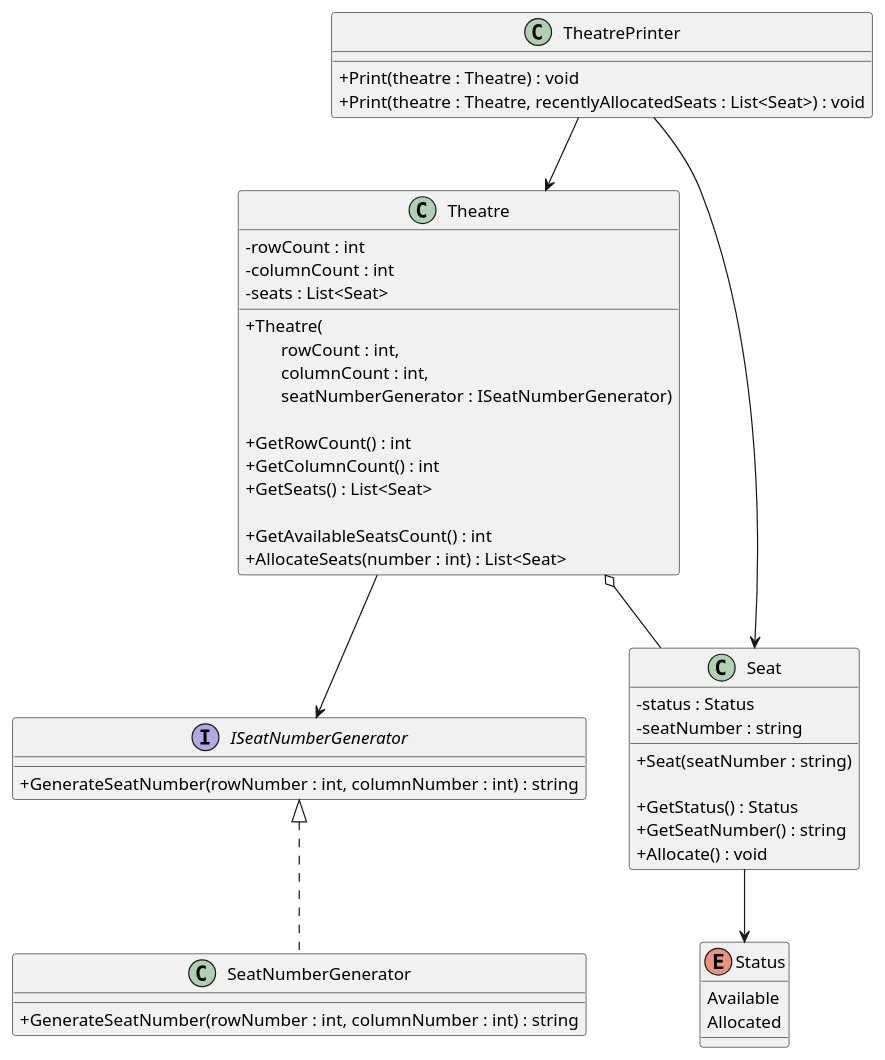
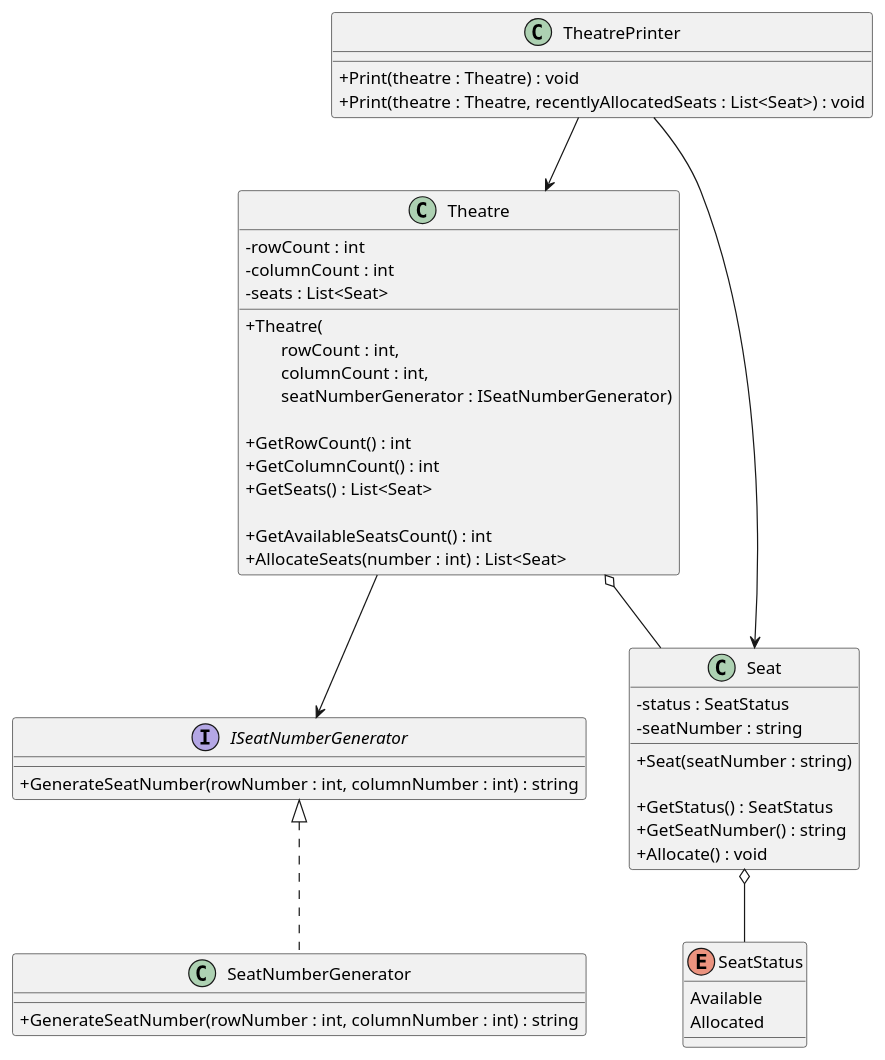
One commit to iamfranco/CinnamonCinemasChallenge changed the diagram in diagrams/cinnamonCinemas.puml. Above: the diagram before and after it, drawn with PlantUML. The commit also changed 1 other file, not shown here.

Commit message:
UML: rename Status enum to SeatStatus

```diff
--- a/diagrams/cinnamonCinemas.puml
+++ b/diagrams/cinnamonCinemas.puml
@@ -1,61 +1,61 @@
 @startuml "cinnamon cinemas"
 skinparam ClassAttributeIconSize 0
 
 class TheatrePrinter {
     + Print(theatre : Theatre) : void
     + Print(theatre : Theatre, recentlyAllocatedSeats : List<Seat>) : void
 }
 
 interface ISeatNumberGenerator {
     + GenerateSeatNumber(rowNumber : int, columnNumber : int) : string
 }
 
 class SeatNumberGenerator {
     + GenerateSeatNumber(rowNumber : int, columnNumber : int) : string
 }
 
 class Theatre {
     - rowCount : int
     - columnCount : int
     - seats : List<Seat>
 
     + Theatre(\n\
         rowCount : int, \n\
         columnCount : int, \n\
         seatNumberGenerator : ISeatNumberGenerator)
 
     + GetRowCount() : int
     + GetColumnCount() : int
     + GetSeats() : List<Seat>
 
     + GetAvailableSeatsCount() : int
     + AllocateSeats(number : int) : List<Seat>
 }
 
 class Seat {
-    - status : Status
+    - status : SeatStatus
     - seatNumber : string
 
     + Seat(seatNumber : string)
 
-    + GetStatus() : Status
+    + GetStatus() : SeatStatus
     + GetSeatNumber() : string
     + Allocate() : void
 }
 
-Enum Status {
+Enum SeatStatus {
     Available
     Allocated
 }
 
 TheatrePrinter --> Theatre
 TheatrePrinter ---> Seat
 
 Theatre o-- Seat
 Theatre --> ISeatNumberGenerator
 
 ISeatNumberGenerator <|.. SeatNumberGenerator
 
-Seat --> Status
+Seat o-- SeatStatus
 
 @enduml
```
